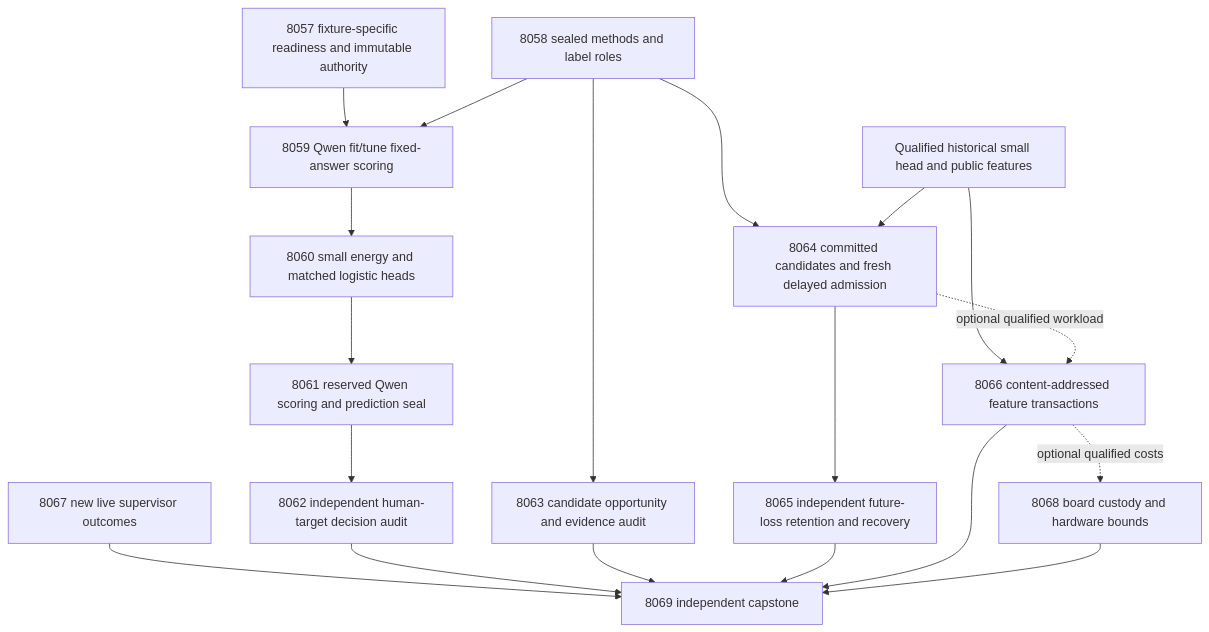
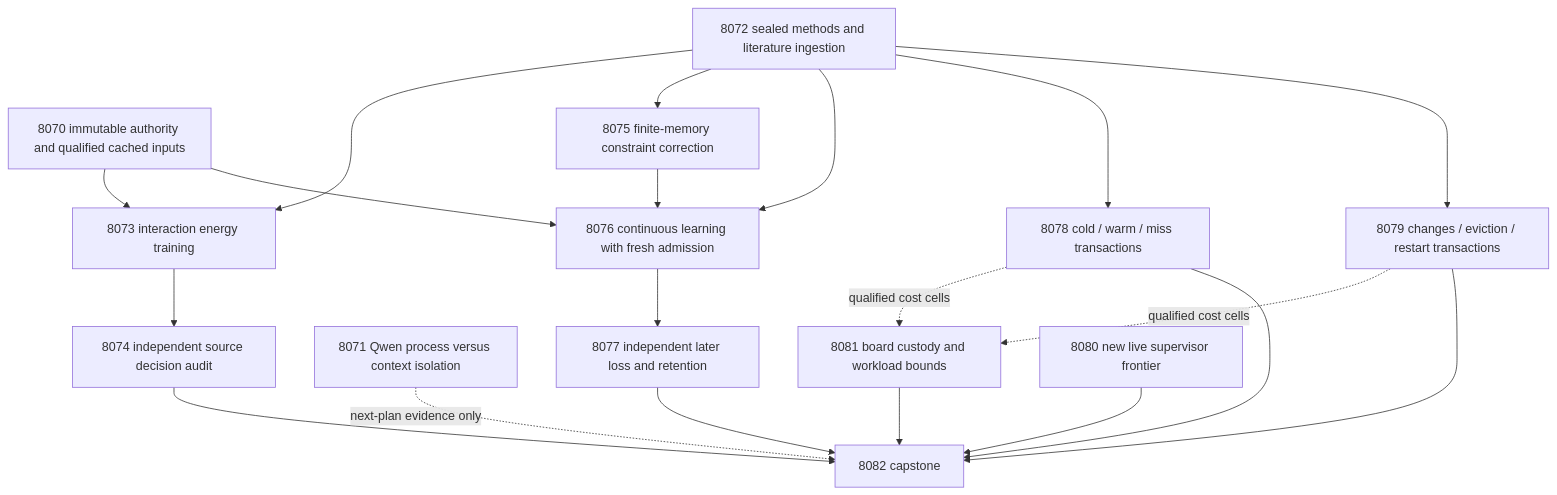
One commit to Carnot-EBM/carnot-ebm changed the first of 2 diagrams in openspec/change-proposals/research-roadmap-vNEXT.md. Above: the diagram before and after it, drawn with Mermaid. The commit also changed other lines of this file and 16 other files, not shown here.

First line of the commit message:
[conductor] Plan next milestone: 2026.10.699

````diff
--- a/openspec/change-proposals/research-roadmap-vNEXT.md
+++ b/openspec/change-proposals/research-roadmap-vNEXT.md
@@ -88,21 +87,22 @@
 ```mermaid
 flowchart TD
-  F[8057 fixture-specific readiness and immutable authority] --> Q[8059 Qwen fit/tune fixed-answer scoring]
-  P[8058 sealed methods and label roles] --> Q
-  Q --> E[8060 small energy and matched logistic heads]
-  E --> V[8061 reserved Qwen scoring and prediction seal]
-  V --> A[8062 independent human-target decision audit]
-  P --> D[8063 candidate opportunity and evidence audit]
-  P --> L[8064 committed candidates and fresh delayed admission]
-  H[Qualified historical small head and public features] --> L
-  L --> R[8065 independent future-loss retention and recovery]
-  H --> C[8066 content-addressed feature transactions]
-  L -. optional qualified workload .-> C
-  C -. optional qualified costs .-> B[8068 board custody and hardware bounds]
-  S[8067 new live supervisor outcomes] --> Z[8069 independent capstone]
+  C[8070 immutable authority and qualified cached inputs] --> S[8073 interaction energy training]
+  P[8072 sealed methods and literature ingestion] --> S
+  S --> A[8074 independent source decision audit]
+  Q[8071 Qwen process versus context isolation] -. next-plan evidence only .-> Z[8082 capstone]
+  P --> K[8075 finite-memory constraint correction]
+  C --> L[8076 continuous learning with fresh admission]
+  K --> L
+  P --> L
+  L --> R[8077 independent later loss and retention]
+  P --> F[8078 cold / warm / miss transactions]
+  P --> E[8079 changes / eviction / restart transactions]
+  F -. qualified cost cells .-> H[8081 board custody and workload bounds]
+  E -. qualified cost cells .-> H
+  R --> Z
   A --> Z
-  D --> Z
-  R --> Z
-  C --> Z
-  B --> Z
+  F --> Z
+  E --> Z
+  H --> Z
+  B[8080 new live supervisor frontier] --> Z
 ```
````
